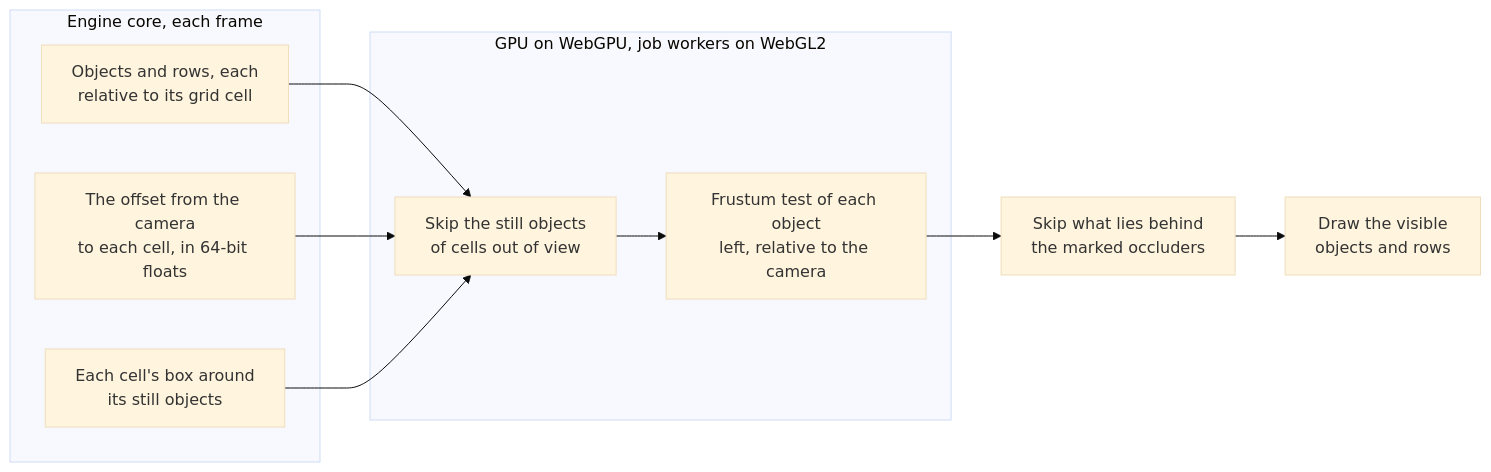
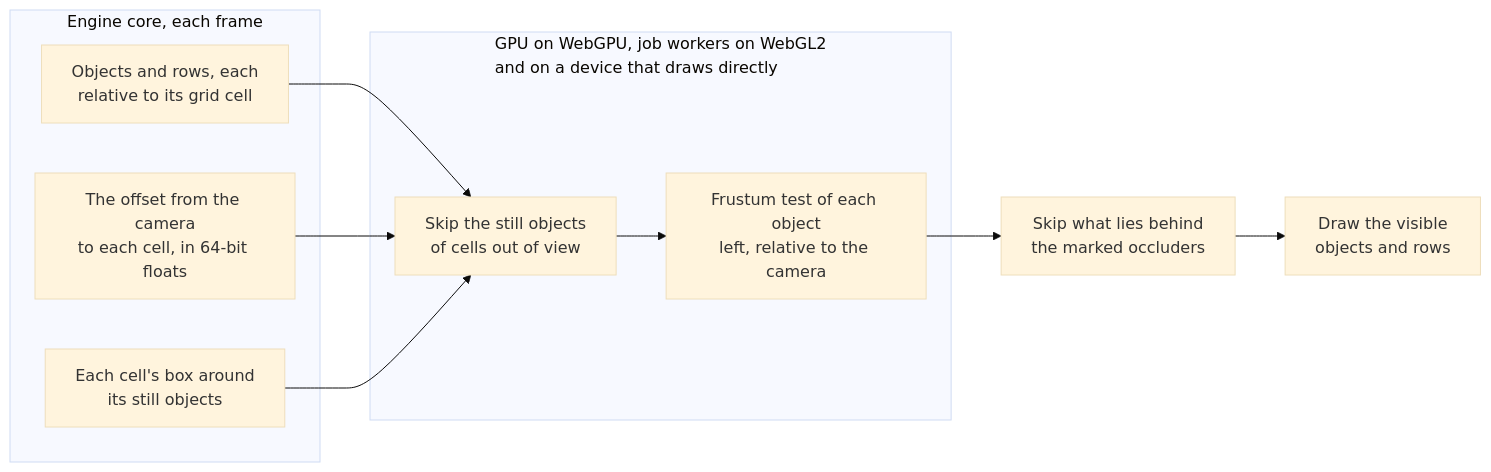
The first of 2 diagrams in docs/concepts/culling.md (null3d-engine/null3d), drawn with Mermaid (base theme) before and after one commit. The commit also changed other lines of this file and 14 other files, not shown here.

````diff
--- a/docs/concepts/culling.md
+++ b/docs/concepts/culling.md
@@ -13,18 +13,18 @@
 ```mermaid
 flowchart LR
     subgraph core["Engine core, each frame"]
         cells["Objects and rows, each<br/>relative to its grid cell"]
         offsets["The offset from the camera<br/>to each cell, in 64-bit floats"]
         boxes["Each cell's box around<br/>its still objects"]
     end
-    subgraph test["GPU on WebGPU, job workers on WebGL2"]
+    subgraph test["GPU on WebGPU, job workers on WebGL2<br/>and on a device that draws directly"]
         skip["Skip the still objects<br/>of cells out of view"]
         cull["Frustum test of each object<br/>left, relative to the camera"]
     end
     cells --> skip
     offsets --> skip
     boxes --> skip
     skip --> cull
     cull --> occlude["Skip what lies behind<br/>the marked occluders"]
     occlude --> draw["Draw the visible<br/>objects and rows"]
 ```
````
